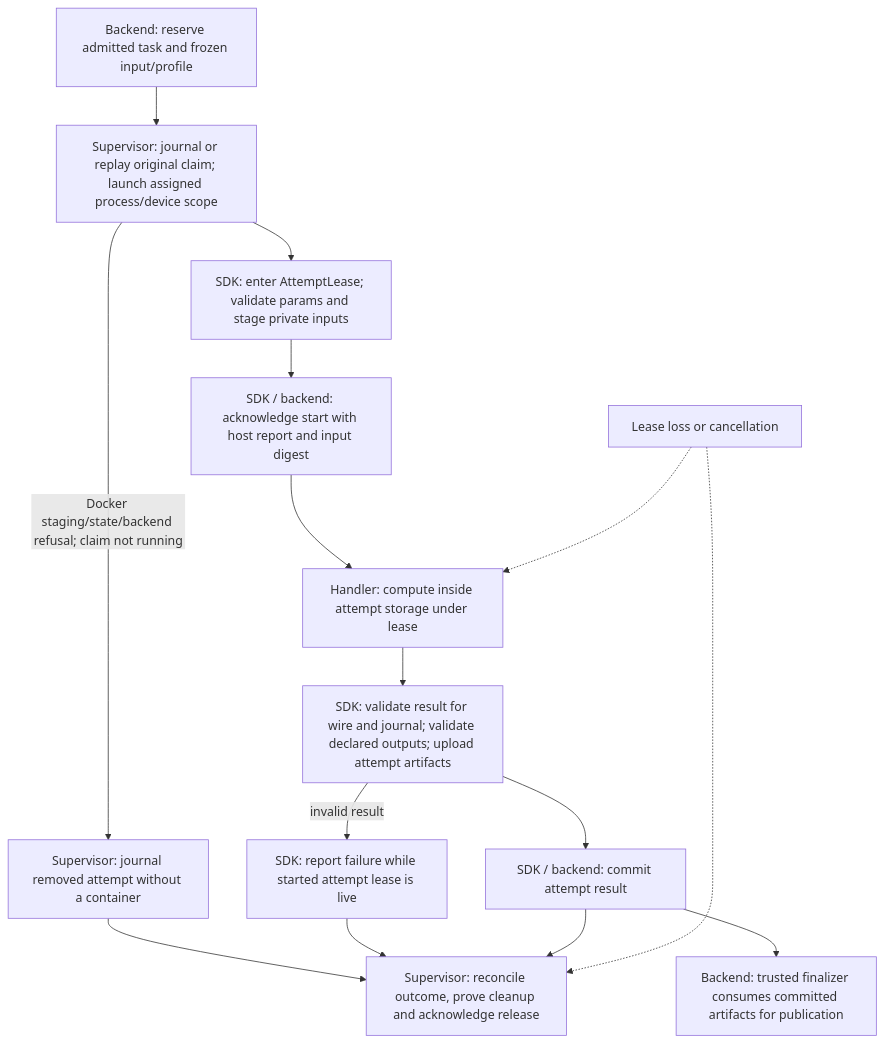
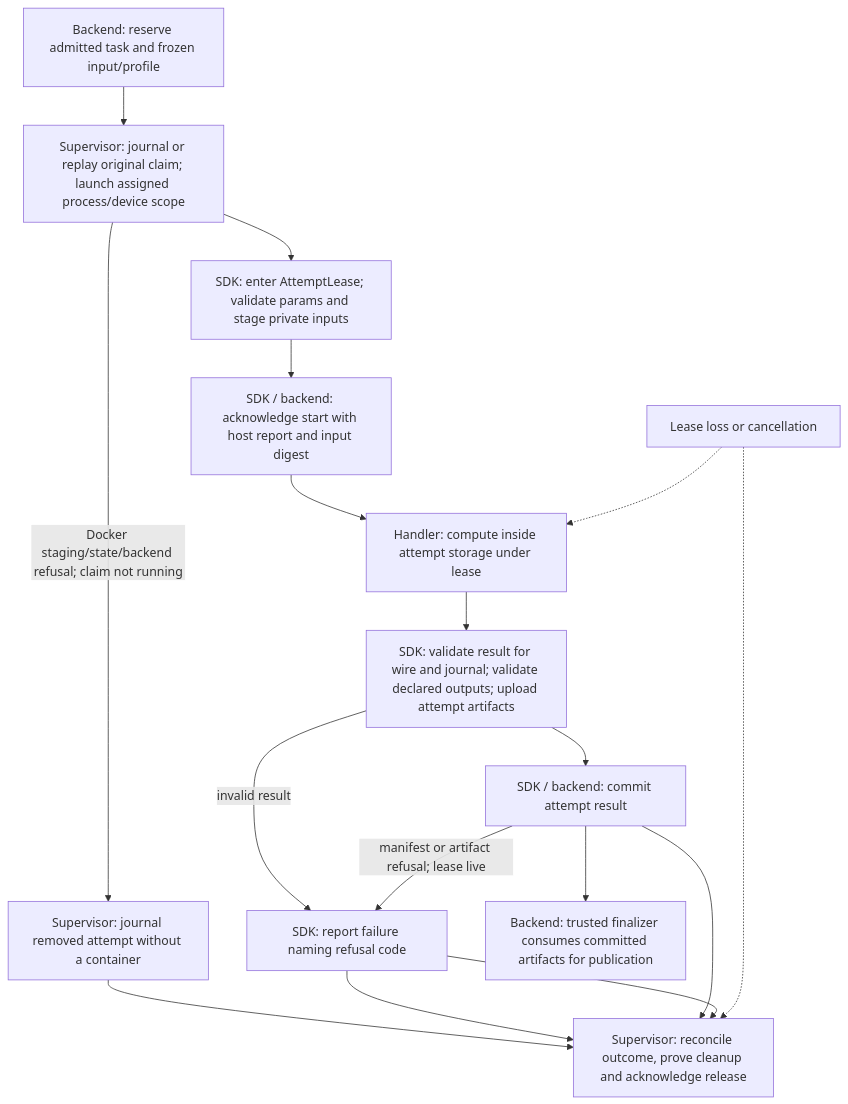
One commit to SyngularXR/task-worker-api changed the second of 2 diagrams in docs/fleet/workflow-standard.md. Above: the diagram before and after it, drawn with Mermaid. The commit also changed other lines of this file and 3 other files, not shown here.

Commit message:
Report refused v2 completion with its backend refusal code (#171)

````diff
--- a/docs/fleet/workflow-standard.md
+++ b/docs/fleet/workflow-standard.md
@@ -101,17 +101,19 @@
 ```mermaid
 flowchart TD
     backend["Backend: reserve admitted task and frozen input/profile"] --> supervisor["Supervisor: journal or replay original claim; launch assigned process/device scope"]
     supervisor --> stage["SDK: enter AttemptLease; validate params and stage private inputs"]
     supervisor -->|Docker staging/state/backend refusal; claim not running| refused["Supervisor: journal removed attempt without a container"]
     refused --> reconcile
     stage --> start["SDK / backend: acknowledge start with host report and input digest"]
     start --> handler["Handler: compute inside attempt storage under lease"]
     handler --> outputs["SDK: validate result for wire and journal; validate declared outputs; upload attempt artifacts"]
     outputs --> commit["SDK / backend: commit attempt result"]
     outputs -->|invalid result| failure["SDK: report failure while started attempt lease is live"]
     failure --> reconcile
     commit --> reconcile["Supervisor: reconcile outcome, prove cleanup and acknowledge release"]
+    commit -->|manifest or artifact refusal; lease live| failure["SDK: report failure naming refusal code"]
+    failure --> reconcile
     commit --> finalizer["Backend: trusted finalizer consumes committed artifacts for publication"]
     cancel["Lease loss or cancellation"] -.-> handler
     cancel -.-> reconcile
 ```
````
